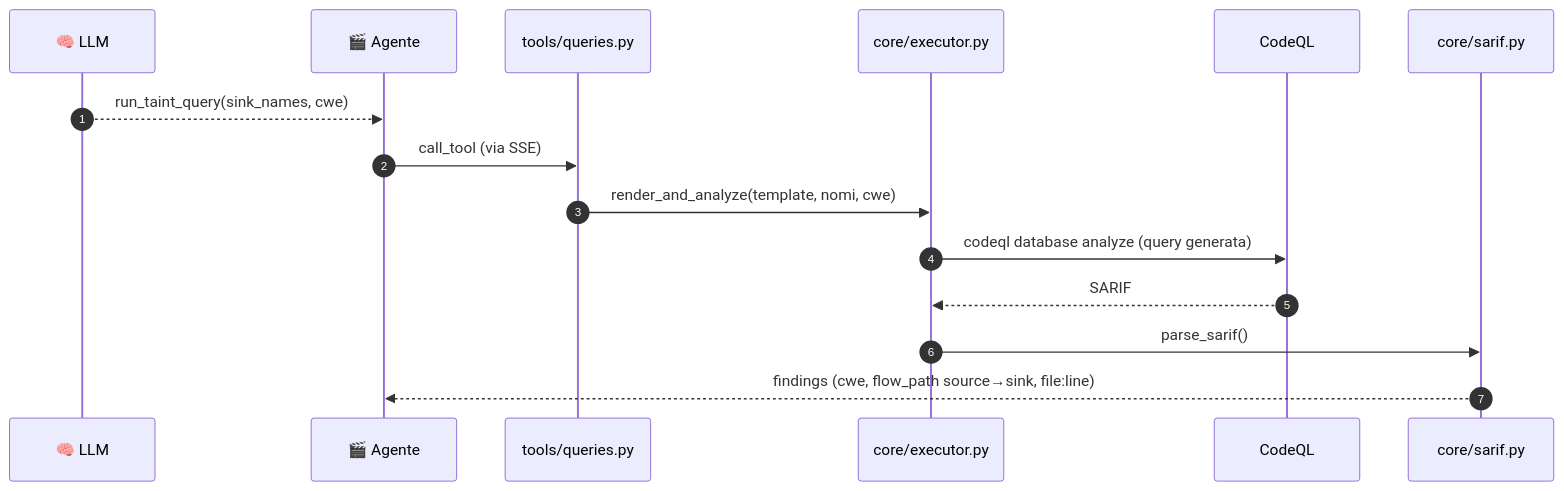
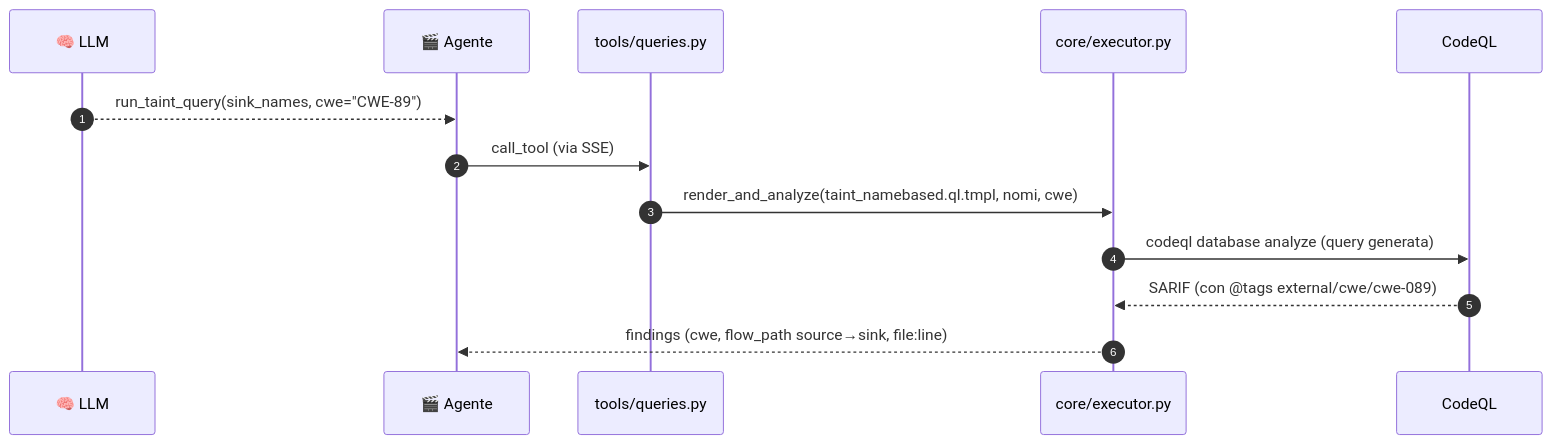
The seventh of 11 diagrams in documentazione/agent.md (iris-cmd22/Sibyl), drawn with Mermaid before and after one commit. The commit also changed other lines of this file and 35 other files, not shown here.

Commit message:
Sistemata view grafica, aggiunto query di detection anche se probabilmente devono essere sistemate con i concept (già fatto però devo testare)

````diff
--- a/documentazione/agent.md
+++ b/documentazione/agent.md
@@ -451,17 +498,15 @@
 ```mermaid
 sequenceDiagram
     autonumber
     participant LLM as 🧠 LLM
     participant AG as 🎬 Agente
     participant Q as tools/queries.py
     participant EX as core/executor.py
     participant CQ as CodeQL
-    participant SA as core/sarif.py
-    LLM-->>AG: run_taint_query(sink_names, cwe)
+    LLM-->>AG: run_taint_query(sink_names, cwe="CWE-89")
     AG->>Q: call_tool (via SSE)
-    Q->>EX: render_and_analyze(template, nomi, cwe)
+    Q->>EX: render_and_analyze(taint_namebased.ql.tmpl, nomi, cwe)
     EX->>CQ: codeql database analyze (query generata)
-    CQ-->>EX: SARIF
-    EX->>SA: parse_sarif()
-    SA-->>AG: findings (cwe, flow_path source→sink, file:line)
+    CQ-->>EX: SARIF (con @tags external/cwe/cwe-089)
+    EX-->>AG: findings (cwe, flow_path source→sink, file:line)
 ```
````
